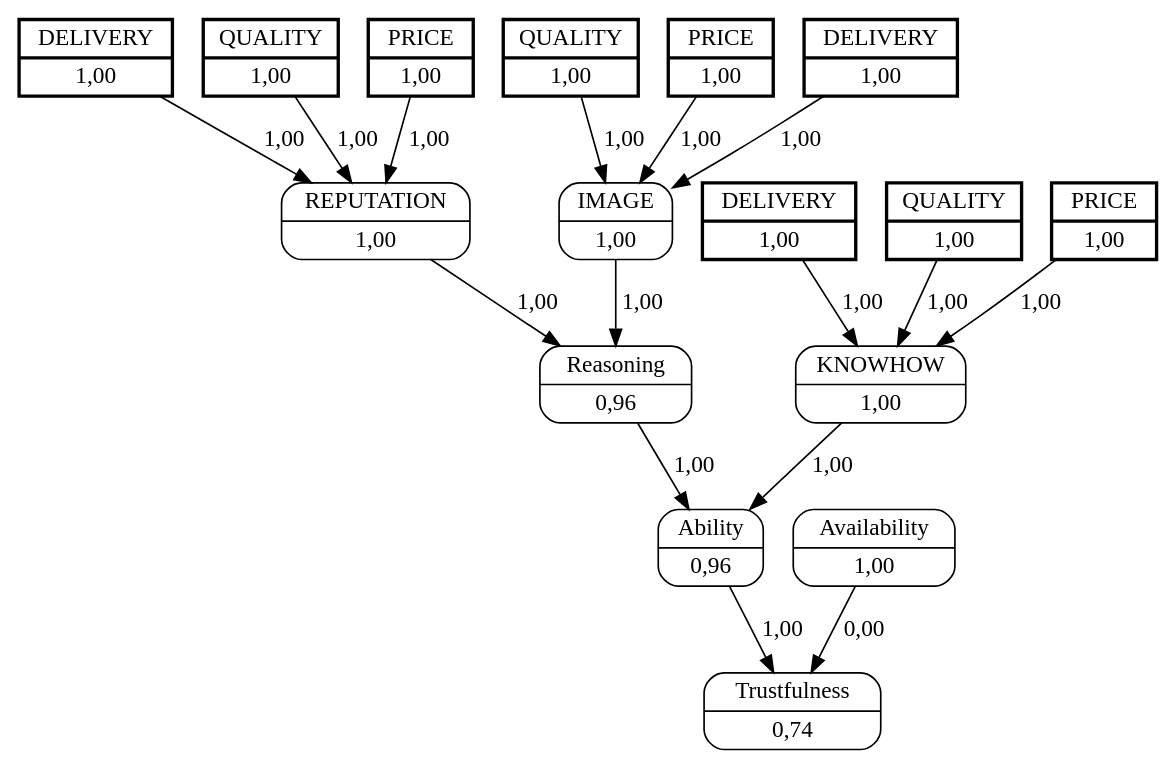
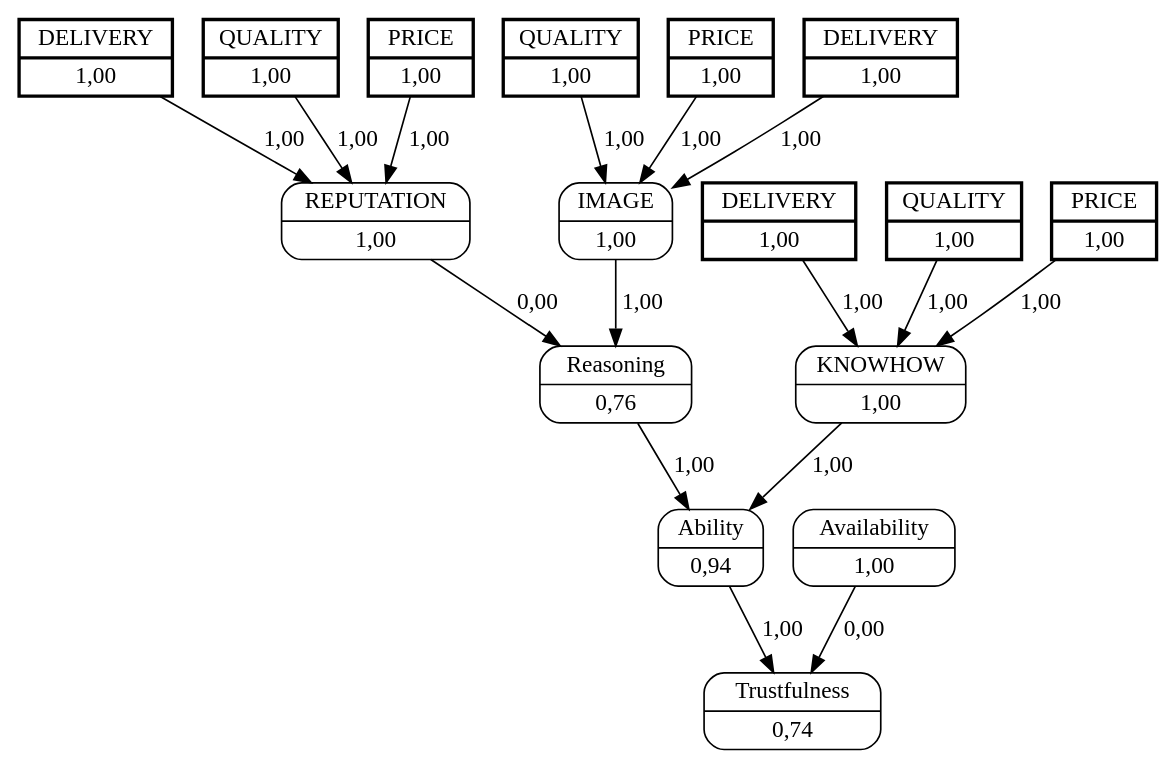
Before and after one commit to jjbaqueta/unload_experiment: the diagram in unload_boxes/dots/buyerE5sellerA6.dot, drawn with Graphviz. The commit also changed 156 other files, not shown here.

```diff
--- a/unload_boxes/dots/buyerE5sellerA6.dot
+++ b/unload_boxes/dots/buyerE5sellerA6.dot
@@ -1,39 +1,39 @@
 digraph FCM_net{
 	node [shape=record, style=rounded]
 	7 [label="{QUALITY | 1,00}", style=bold, penwidth=2, peripheries=2];
 	8 [label="{PRICE | 1,00}", style=bold, penwidth=2, peripheries=2];
 	9 [label="{DELIVERY | 1,00}", style=bold, penwidth=2, peripheries=2];
 	10 [label="{QUALITY | 1,00}", style=bold, penwidth=2, peripheries=2];
 	11 [label="{PRICE | 1,00}", style=bold, penwidth=2, peripheries=2];
 	12 [label="{DELIVERY | 1,00}", style=bold, penwidth=2, peripheries=2];
 	13 [label="{QUALITY | 1,00}", style=bold, penwidth=2, peripheries=2];
 	14 [label="{PRICE | 1,00}", style=bold, penwidth=2, peripheries=2];
 	15 [label="{DELIVERY | 1,00}", style=bold, penwidth=2, peripheries=2];
 	0 [label="{IMAGE | 1,00}"];
 	1 [label="{REPUTATION | 1,00}"];
 	2 [label="{KNOWHOW | 1,00}"];
-	3 [label="{Reasoning | 0,96}"];
-	4 [label="{Ability | 0,96}"];
+	3 [label="{Reasoning | 0,76}"];
+	4 [label="{Ability | 0,94}"];
 	5 [label="{Availability | 1,00}"];
 	6 [label="{Trustfulness | 0,74}"];
 	7 [label="{QUALITY | 1,00}"];
 	8 [label="{PRICE | 1,00}"];
 	9 [label="{DELIVERY | 1,00}"];
 	11 [label="{PRICE | 1,00}"];
 	13 [label="{QUALITY | 1,00}"];
 	0 -> 3 [label = "1,00"];
-	1 -> 3 [label = "1,00"];
+	1 -> 3 [label = "0,00"];
 	3 -> 4 [label = "1,00"];
 	2 -> 4 [label = "1,00"];
 	4 -> 6 [label = "1,00"];
 	5 -> 6 [label = "0,00"];
 	7 -> 0 [label = "1,00"];
 	8 -> 0 [label = "1,00"];
 	9 -> 0 [label = "1,00"];
 	10 -> 1 [label = "1,00"];
 	11 -> 1 [label = "1,00"];
 	12 -> 1 [label = "1,00"];
 	13 -> 2 [label = "1,00"];
 	14 -> 2 [label = "1,00"];
 	15 -> 2 [label = "1,00"];
 }
```
